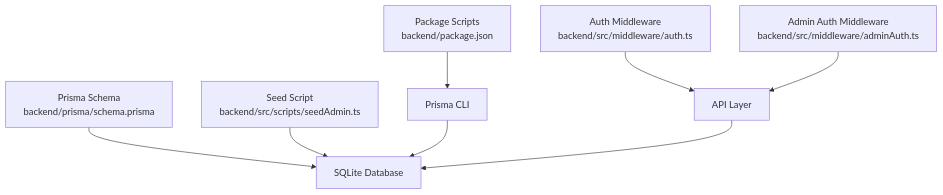
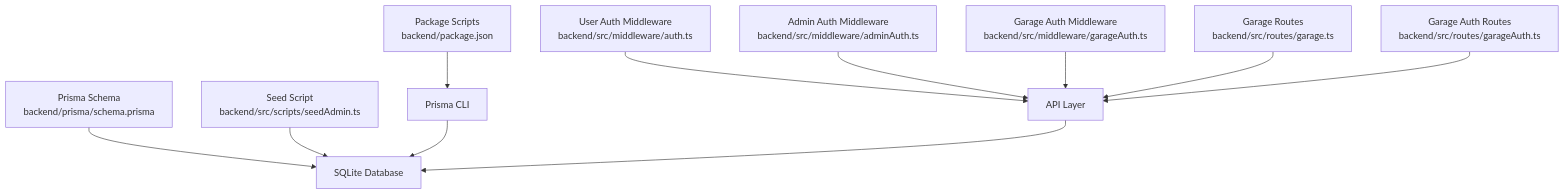
The first of 4 diagrams in .qoder/repowiki/en/content/Database Design.md (NaveenHiranya/Smart-Vehicle-Insurance-Claim-System), drawn with Mermaid before and after one commit. The commit also changed other lines of this file and 87 other files, not shown here.

````diff
--- a/.qoder/repowiki/en/content/Database Design.md
+++ b/.qoder/repowiki/en/content/Database Design.md
@@ -34,10 +46,13 @@
 ```mermaid
 graph TB
 A["Prisma Schema<br/>backend/prisma/schema.prisma"] --> B["SQLite Database"]
 C["Seed Script<br/>backend/src/scripts/seedAdmin.ts"] --> B
 D["Package Scripts<br/>backend/package.json"] --> E["Prisma CLI"]
 E --> B
-F["Auth Middleware<br/>backend/src/middleware/auth.ts"] --> G["API Layer"]
+F["User Auth Middleware<br/>backend/src/middleware/auth.ts"] --> G["API Layer"]
 H["Admin Auth Middleware<br/>backend/src/middleware/adminAuth.ts"] --> G
+I["Garage Auth Middleware<br/>backend/src/middleware/garageAuth.ts"] --> G
 G --> B
+J["Garage Routes<br/>backend/src/routes/garage.ts"] --> G
+K["Garage Auth Routes<br/>backend/src/routes/garageAuth.ts"] --> G
 ```
````
